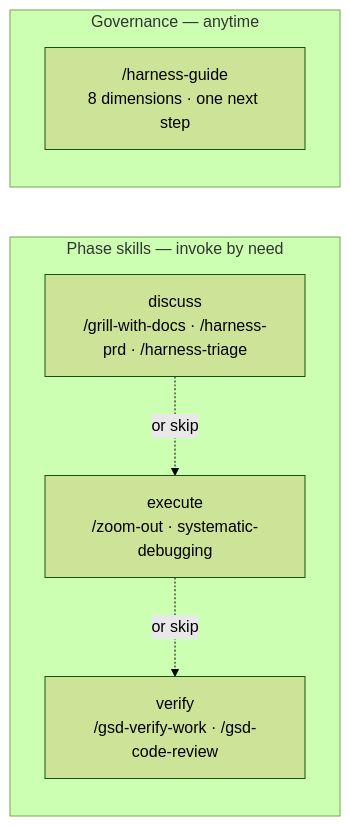
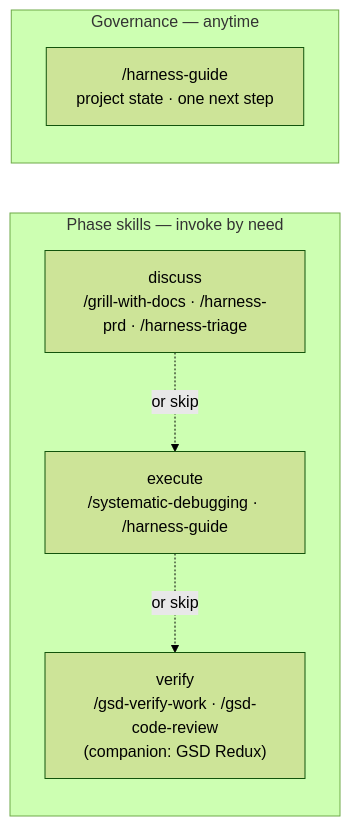
One commit to ClydeShen/harness-skill changed the third of 3 diagrams in README.md. Above: the diagram before and after it, drawn with Mermaid (forest theme). The commit also changed other lines of this file, not shown here.

Commit message:
docs: fix stale claims in README
- Replace invented "8 dimensions" with accurate description of what harness-guide inspects
- Remove /zoom-out (not in this collection) from Use cases diagram
- Note /gsd-verify-work and /gsd-code-review are from companion GSD Redux
- Expand Harness drift example to name actual files inspected

````diff
--- a/README.md
+++ b/README.md
@@ -196,13 +196,13 @@
 ```mermaid
 flowchart LR
     subgraph PHASES["Phase skills — invoke by need"]
         DISC["discuss<br/>/grill-with-docs · /harness-prd · /harness-triage"]
-        EXEC["execute<br/>/zoom-out · systematic-debugging"]
-        VER["verify<br/>/gsd-verify-work · /gsd-code-review"]
+        EXEC["execute<br/>/systematic-debugging · /harness-guide"]
+        VER["verify<br/>/gsd-verify-work · /gsd-code-review<br/>(companion: GSD Redux)"]
         DISC -.->|"or skip"| EXEC -.->|"or skip"| VER
     end
 
     subgraph GOV["Governance — anytime"]
-        G["/harness-guide<br/>8 dimensions · one next step"]
+        G["/harness-guide<br/>project state · one next step"]
     end
 ```
````
